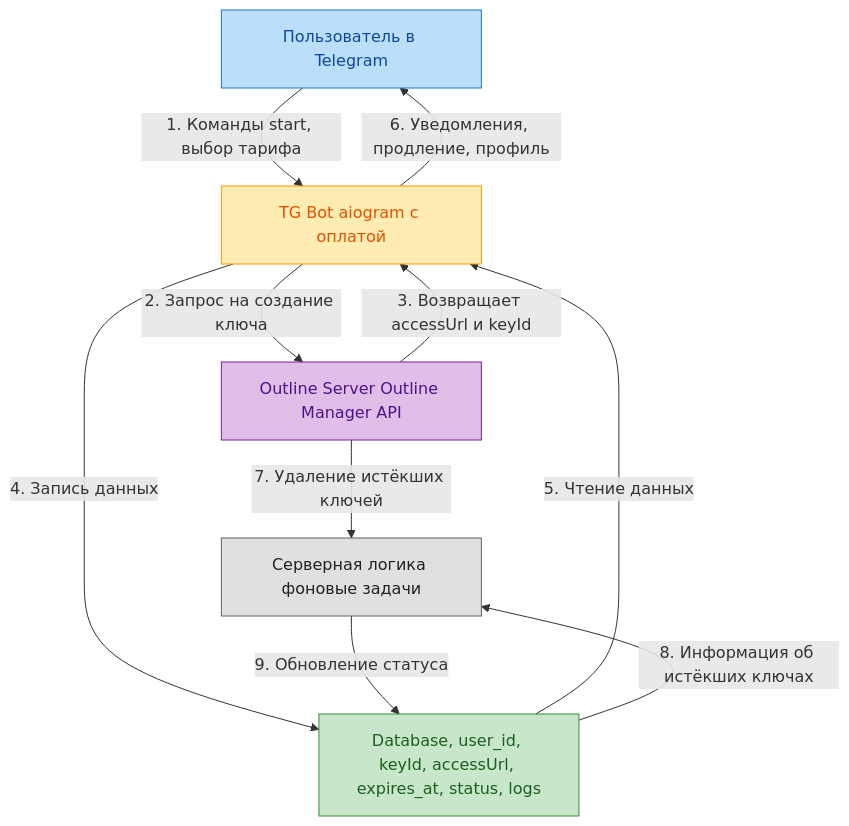
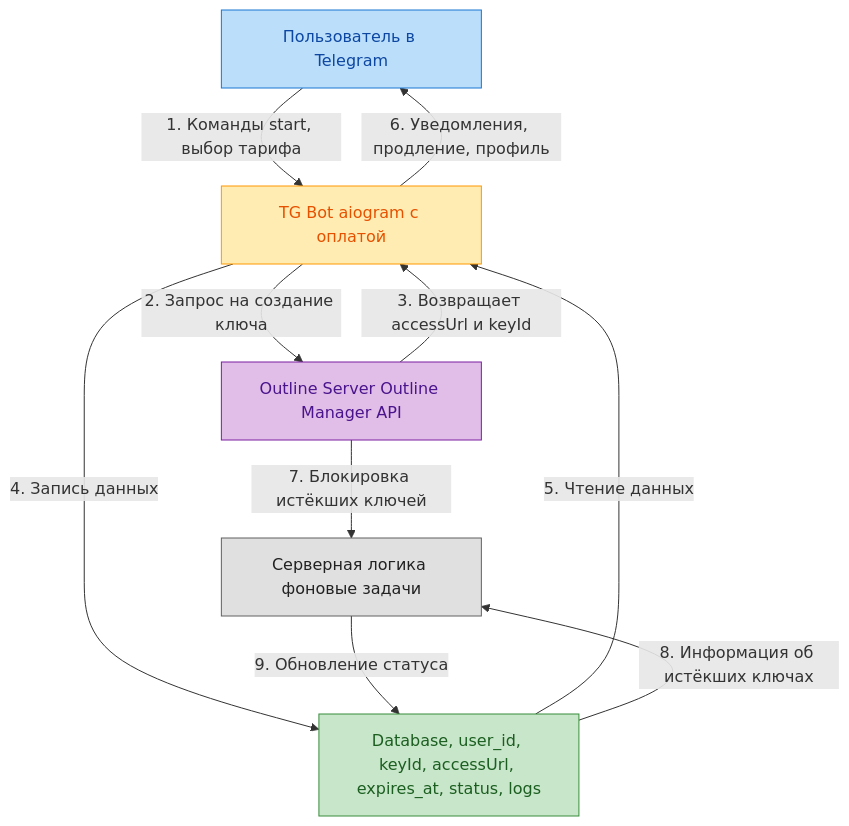
Before and after one commit to IRR2007/VPN_oultine_engine-project: the first of 3 diagrams in README.md, drawn with Mermaid. The commit also changed other lines of this file, not shown here.

````diff
--- a/README.md
+++ b/README.md
@@ -45,25 +45,25 @@
 ```mermaid
 flowchart TD
     A[Пользователь в Telegram] -->|1. Команды start, выбор тарифа| B[TG Bot aiogram с оплатой]
     B -->|2. Запрос на создание ключа| C[Outline Server Outline Manager API]
     C -->|3. Возвращает accessUrl и keyId| B
     B -->|4. Запись данных| D[Database, user_id, keyId, accessUrl, expires_at, status, logs]
     D -->|5. Чтение данных| B
     B -->|6. Уведомления, продление, профиль| A
 
-    C -->|7. Удаление истёкших ключей| E[Серверная логика фоновые задачи]
+    C -->|7. Блокировка истёкших ключей| E[Серверная логика фоновые задачи]
     D -->|8. Информация об истёкших ключах| E
     E -->|9. Обновление статуса| D
 
     classDef user fill:#BBDEFB,stroke:#1976D2,color:#0D47A1;
     classDef bot fill:#FFECB3,stroke:#FF9800,color:#E65100;
     classDef outline fill:#E1BEE7,stroke:#7B1FA2,color:#4A148C;
     classDef db fill:#C8E6C9,stroke:#388E3C,color:#1B5E20;
     classDef logic fill:#E0E0E0,stroke:#616161,color:#212121;
 
     class A user
     class B bot
     class C outline
     class D db
     class E logic
 ```
````
